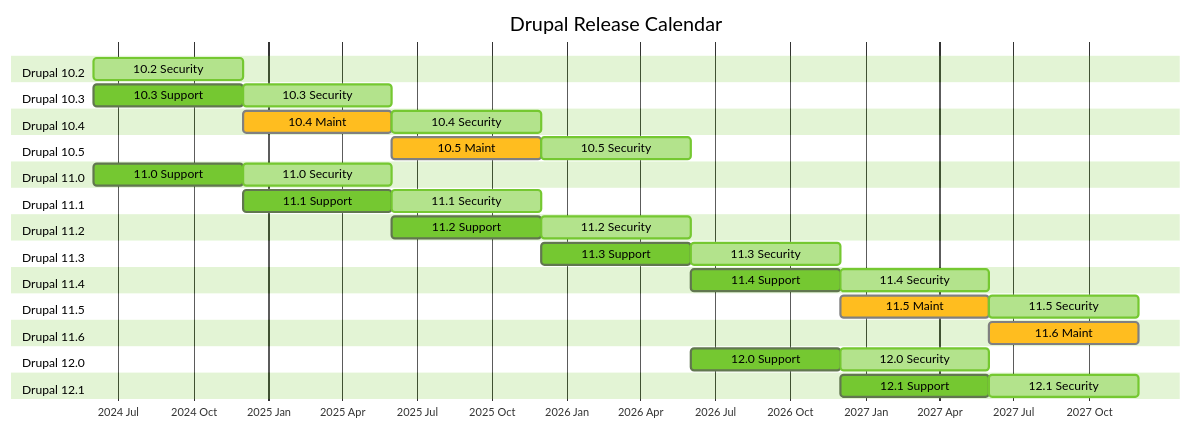
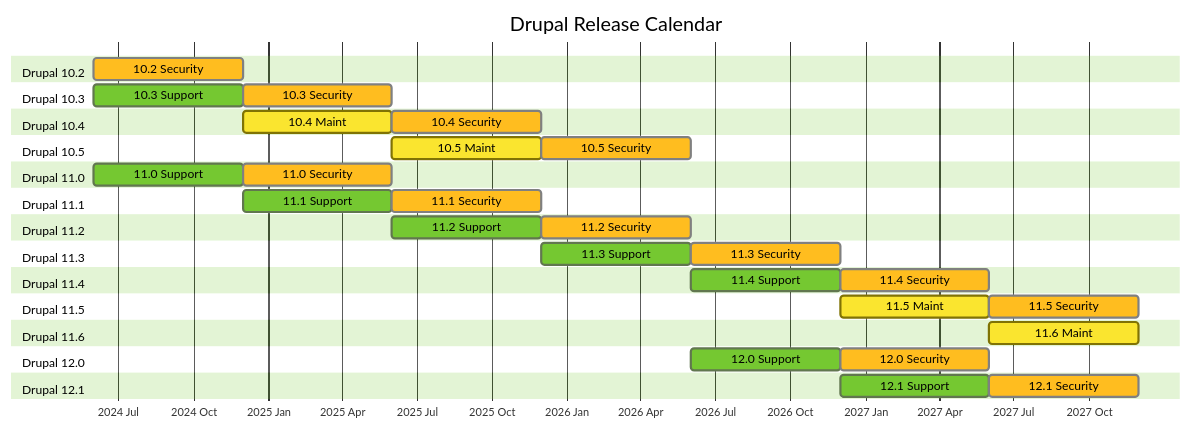
Before and after one commit to magulaiz/Drupal: the diagram in RELEASES-CALENDAR.md, drawn with Mermaid.

Commit message:
Color changes.

````diff
--- a/RELEASES-CALENDAR.md
+++ b/RELEASES-CALENDAR.md
@@ -5,59 +5,64 @@
 ```mermaid
 ---
 displayMode: compact
 ---
+%% (`Green for fully support, orange for security, yellow for maintenance.`)
 %%{
   init: {
     'theme': 'base',
     'themeVariables': {
       'primaryColor': '#75c831',
+      'secondaryColor': '#00ff00',
+      'tertiaryTextColor': '#000000',
       'tertiaryColor': '#75c831',
-      'tertiaryTextColor': '#000000',
       'doneTaskBkgColor': '#ffbd1f',
+      'critBkgColor': '#fae52f',
+      'critBorderColor': '#807304',
       'textColor': '#000000'
     }
   }
 }%%
+
 gantt
     title Drupal Release Calendar
     dateFormat  YYYY-MM
+    axisFormat %Y %b
     todayMarker off
-    axisFormat %Y %b
     section Drupal 10.2
-    10.2 Security   :active, 102sec, 2024-06, 6M
+    10.2 Security   :done, 102sec, 2024-06, 6M
     section Drupal 10.3
     10.3 Support    :103sup, 2024-06, 6M
-    10.3 Security   :active, 103sec, after 103sup,6M
+    10.3 Security   :done, 103sec, after 103sup,6M
     section Drupal 10.4
-    10.4 Maint      :done, 104mnt, after 103sup, 6M
-    10.4 Security   :active, 104sec, after 104mnt, 6M
+    10.4 Maint      :crit, 104mnt, after 103sup, 6M
+    10.4 Security   :done, 104sec, after 104mnt, 6M
     section Drupal 10.5
-    10.5 Maint      :done, 105mnt, after 104mnt, 6M
-    10.5 Security   :active, 105sec, after 105mnt, 6M
+    10.5 Maint      :crit, 105mnt, after 104mnt, 6M
+    10.5 Security   :done, 105sec, after 105mnt, 6M
     section Drupal 11.0
     11.0 Support    :110sup, 2024-06  , 6M
-    11.0 Security   :active, 110sec, after 110sup, 6M
+    11.0 Security   :done, 110sec, after 110sup, 6M
     section Drupal 11.1
     11.1 Support    :111sup, after 110sup, 6M
-    11.1 Security   :active, 111sec, after 111sup, 6M
+    11.1 Security   :done, 111sec, after 111sup, 6M
     section Drupal 11.2
     11.2 Support    :112sup, after 111sup, 6M
-    11.2 Security   :active, 112sec, after 112sup, 6M
+    11.2 Security   :done, 112sec, after 112sup, 6M
     section Drupal 11.3
     11.3 Support    :113sup, after 112sup, 6M
-    11.3 Security   :active, 113sec, after 113sup, 6M
+    11.3 Security   :done, 113sec, after 113sup, 6M
     section Drupal 11.4
     11.4 Support    :114sup, after 113sup, 6M
-    11.4 Security   :active, 114sec, after 114sup, 6M
+    11.4 Security   :done, 114sec, after 114sup, 6M
     section Drupal 11.5
-    11.5 Maint      :done, 115mnt, after 114sup, 6M
-    11.5 Security   :active, 115sec, after 115mnt, 6M
+    11.5 Maint      :crit, 115mnt, after 114sup, 6M
+    11.5 Security   :done, 115sec, after 115mnt, 6M
     section Drupal 11.6
-    11.6 Maint      :done, 116mnt, after 115mnt, 6M
+    11.6 Maint      :crit, 116mnt, after 115mnt, 6M
     section Drupal 12.0
     12.0 Support    :120sup, after 113sup, 6M
-    12.0 Security   :active, 120sec, after 120sup, 6M
+    12.0 Security   :done, 120sec, after 120sup, 6M
     section Drupal 12.1
     12.1 Support    :121sup, after 120sup, 6M
-    12.1 Security   :active, after 121sup, 6M
+    12.1 Security   :done, after 121sup, 6M
 ```
````
